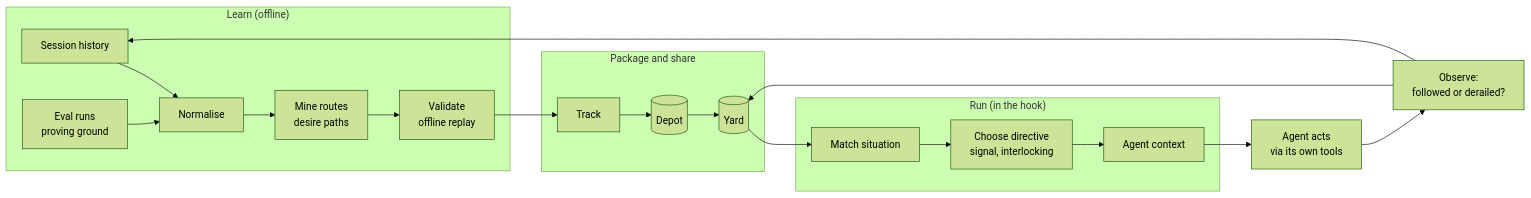
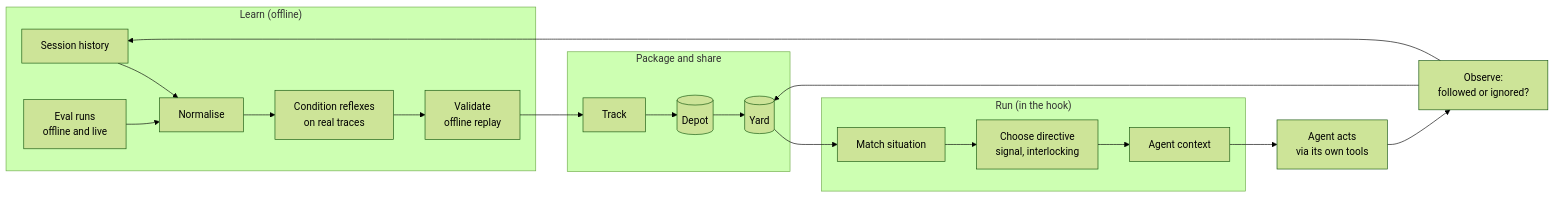
Before and after one commit to stevenvaughanbooth/adage: the first of 3 diagrams in docs/Adage — Design Spec.md, drawn with Mermaid (forest theme). The commit also changed other lines of this file and 466 other files, not shown here.

````diff
--- a/docs/Adage — Design Spec.md
+++ b/docs/Adage — Design Spec.md
@@ -242,23 +253,23 @@
 ```mermaid
 flowchart LR
   subgraph Learn["Learn (offline)"]
     H[Session history] --> N[Normalise]
-    E[Eval runs<br/>proving ground] --> N
-    N --> M[Mine routes<br/>desire paths]
+    E[Eval runs<br/>offline and live] --> N
+    N --> M[Condition reflexes<br/>on real traces]
     M --> V[Validate<br/>offline replay]
   end
   subgraph Share["Package and share"]
     V --> T[Track]
     T --> D[(Depot)]
     D --> Y[(Yard)]
   end
   subgraph Run["Run (in the hook)"]
     Y --> S[Match situation]
     S --> R[Choose directive<br/>signal, interlocking]
     R --> A[Agent context]
   end
   A --> G[Agent acts<br/>via its own tools]
-  G --> O[Observe:<br/>followed or derailed?]
+  G --> O[Observe:<br/>followed or ignored?]
   O --> Y
   O --> H
 ```
````
